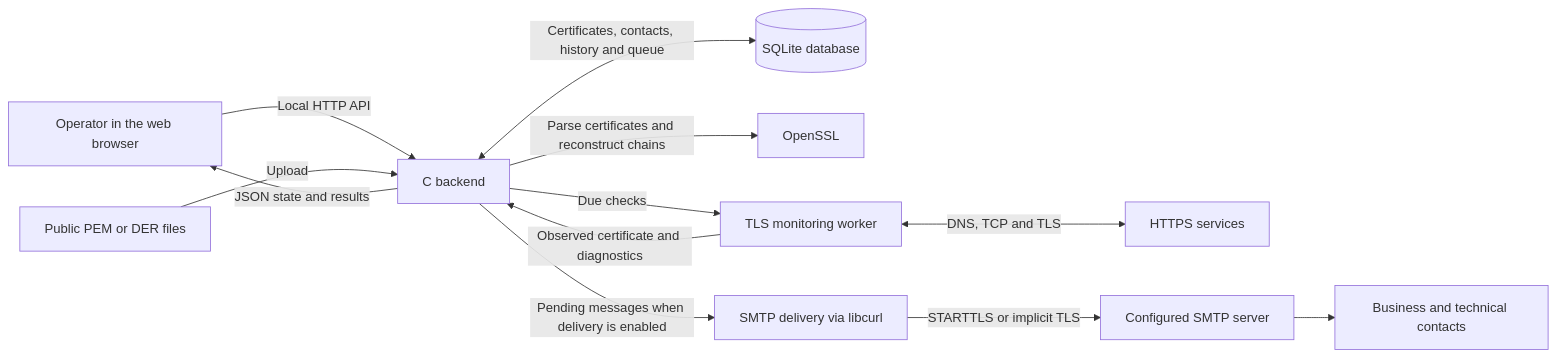
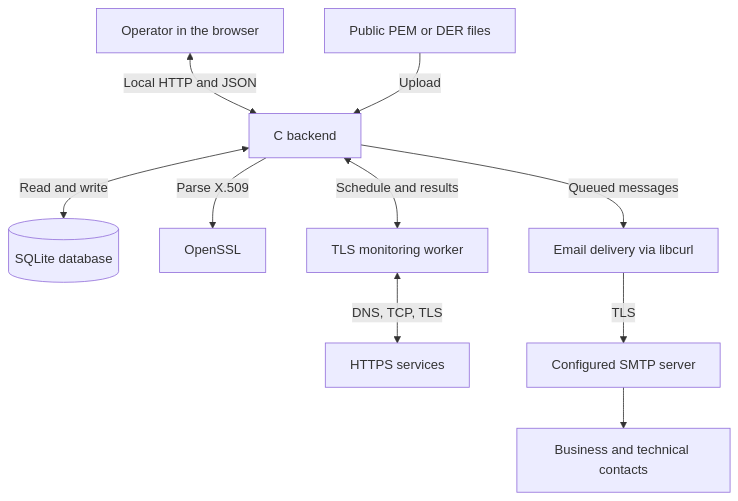
Before and after one commit to GiorgioOppo/Certificate-Manager: the first of 2 diagrams in docs/WORKFLOW.md, drawn with Mermaid. The commit also changed other lines of this file and 2 other files, not shown here.

Commit message:
Improve workflow diagram readability on GitHub

````diff
--- a/docs/WORKFLOW.md
+++ b/docs/WORKFLOW.md
@@ -9,14 +9,12 @@
 ```mermaid
-flowchart LR
-    User["Operator in the web browser"] -->|Local HTTP API| Backend["C backend"]
-    Backend -->|JSON state and results| User
+flowchart TD
+    User["Operator in the browser"] <-->|Local HTTP and JSON| Backend["C backend"]
     Files["Public PEM or DER files"] -->|Upload| Backend
-    Backend <-->|Certificates, contacts, history and queue| DB[("SQLite database")]
-    Backend -->|Parse certificates and reconstruct chains| X509["OpenSSL"]
-    Backend -->|Due checks| Monitor["TLS monitoring worker"]
-    Monitor <-->|DNS, TCP and TLS| Services["HTTPS services"]
-    Monitor -->|Observed certificate and diagnostics| Backend
-    Backend -->|Pending messages when delivery is enabled| Mail["SMTP delivery via libcurl"]
-    Mail -->|STARTTLS or implicit TLS| SMTP["Configured SMTP server"]
+    Backend <-->|Read and write| DB[("SQLite database")]
+    Backend -->|Parse X.509| X509["OpenSSL"]
+    Backend <-->|Schedule and results| Monitor["TLS monitoring worker"]
+    Monitor <-->|DNS, TCP, TLS| Services["HTTPS services"]
+    Backend -->|Queued messages| Mail["Email delivery via libcurl"]
+    Mail -->|TLS| SMTP["Configured SMTP server"]
     SMTP --> Contacts["Business and technical contacts"]
 ```
````
